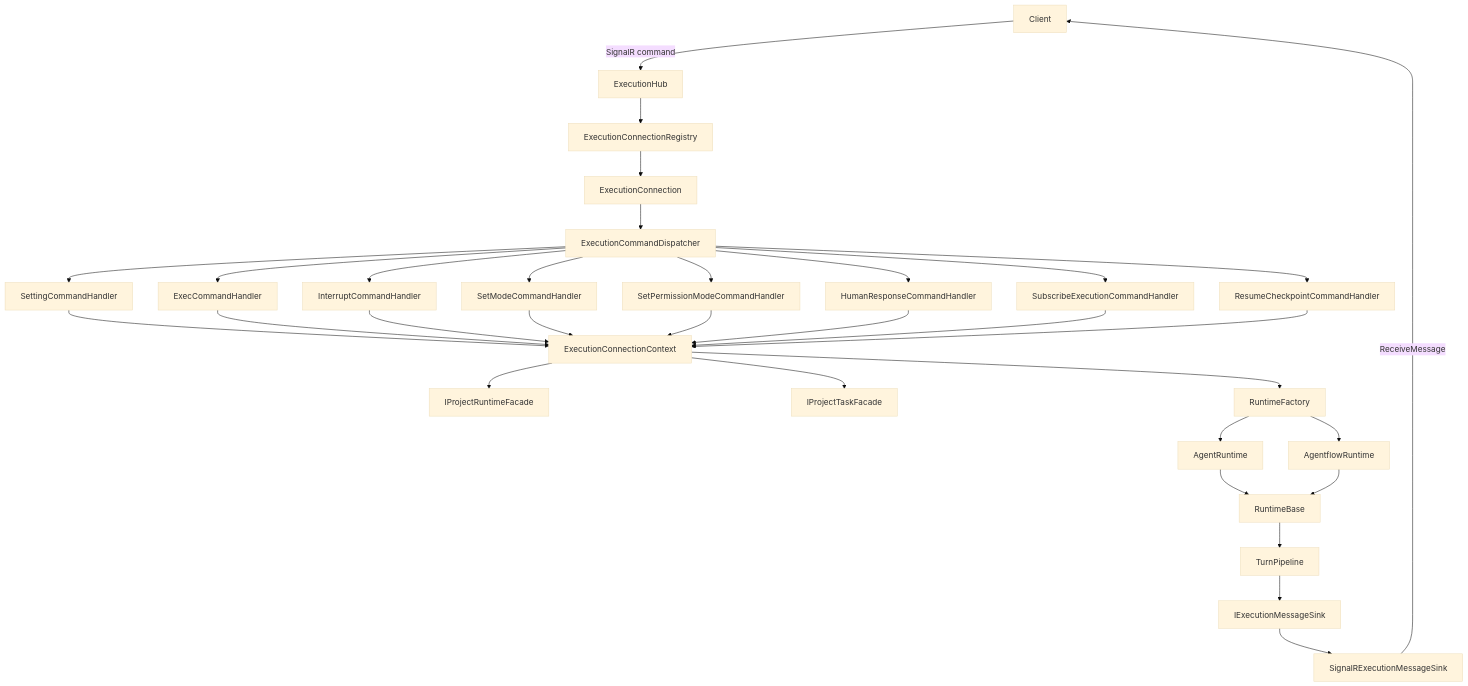
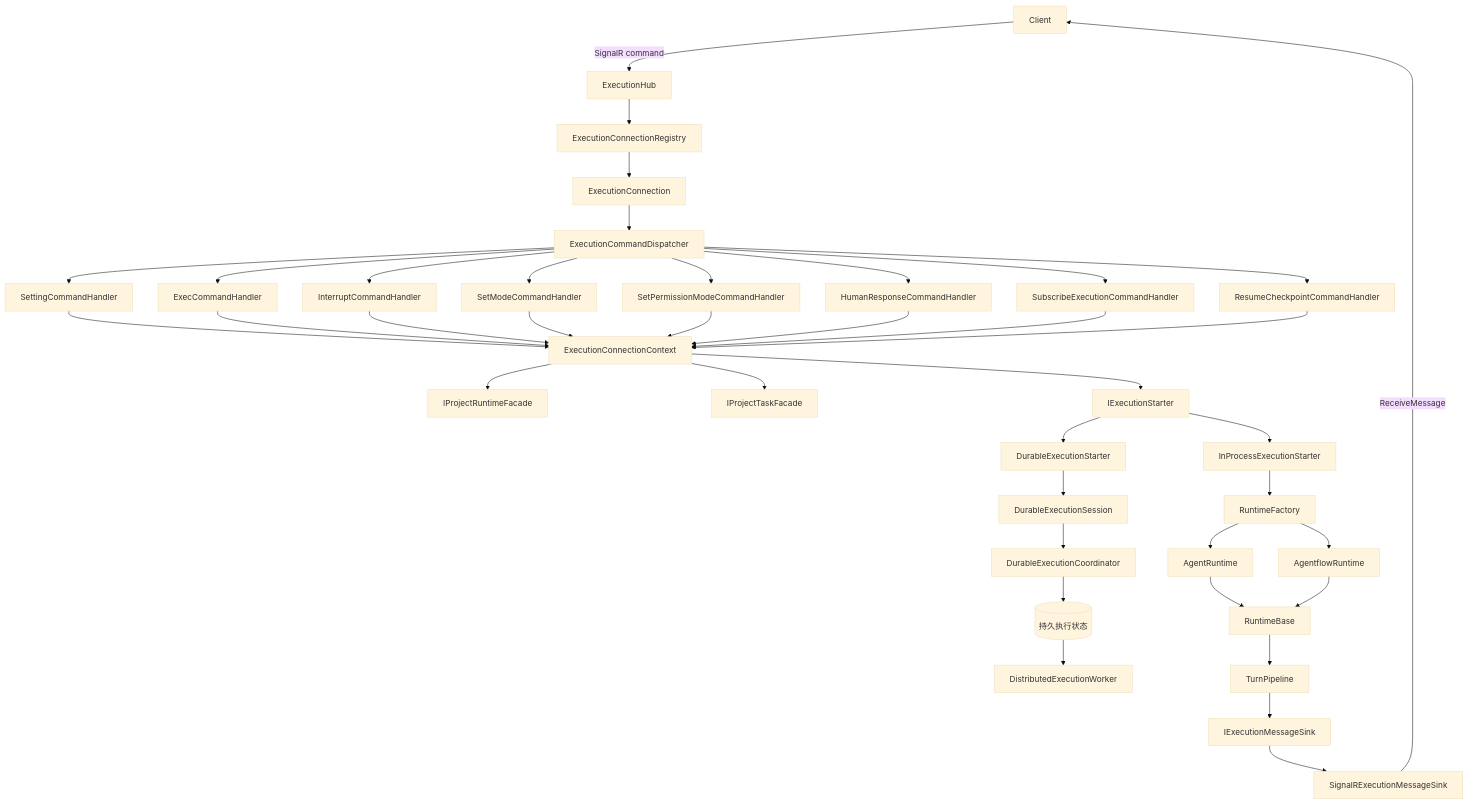
Before and after one commit to zxyao145/agw: the first of 7 diagrams in src/server/Agw.Agents.Execution/README.md, drawn with Mermaid (base theme). The commit also changed other lines of this file and 78 other files, not shown here.

````diff
--- a/src/server/Agw.Agents.Execution/README.md
+++ b/src/server/Agw.Agents.Execution/README.md
@@ -260,36 +271,43 @@
 ```mermaid
 flowchart TB
     Client["Client"] -->|"SignalR command"| Hub["ExecutionHub"]
     Hub --> Registry["ExecutionConnectionRegistry"]
     Registry --> Connection["ExecutionConnection"]
     Connection --> Dispatcher["ExecutionCommandDispatcher"]
 
     Dispatcher --> Setting["SettingCommandHandler"]
     Dispatcher --> Exec["ExecCommandHandler"]
     Dispatcher --> Interrupt["InterruptCommandHandler"]
     Dispatcher --> Mode["SetModeCommandHandler"]
     Dispatcher --> Permission["SetPermissionModeCommandHandler"]
     Dispatcher --> Human["HumanResponseCommandHandler"]
     Dispatcher --> Subscribe["SubscribeExecutionCommandHandler"]
     Dispatcher --> Checkpoint["ResumeCheckpointCommandHandler"]
 
     Setting --> Context["ExecutionConnectionContext"]
     Exec --> Context
     Interrupt --> Context
     Mode --> Context
     Permission --> Context
     Human --> Context
     Subscribe --> Context
     Checkpoint --> Context
     Context --> ProjectService["IProjectRuntimeFacade"]
     Context --> TaskService["IProjectTaskFacade"]
-    Context --> Factory["RuntimeFactory"]
+    Context --> Starter["IExecutionStarter"]
+    Starter --> InProcessStarter["InProcessExecutionStarter"]
+    InProcessStarter --> Factory["RuntimeFactory"]
+    Starter --> DurableStarter["DurableExecutionStarter"]
+    DurableStarter --> Session["DurableExecutionSession"]
+    Session --> Coordinator["DurableExecutionCoordinator"]
+    Coordinator --> State[("持久执行状态")]
+    State --> Worker["DistributedExecutionWorker"]
     Factory --> AgentRuntime["AgentRuntime"]
     Factory --> AgentflowRuntime["AgentflowRuntime"]
     AgentRuntime --> RuntimeBase["RuntimeBase"]
     AgentflowRuntime --> RuntimeBase
     RuntimeBase --> TurnPipeline["TurnPipeline"]
     TurnPipeline --> Sink["IExecutionMessageSink"]
     Sink --> SignalRSink["SignalRExecutionMessageSink"]
     SignalRSink -->|"ReceiveMessage"| Client
 ```
````
